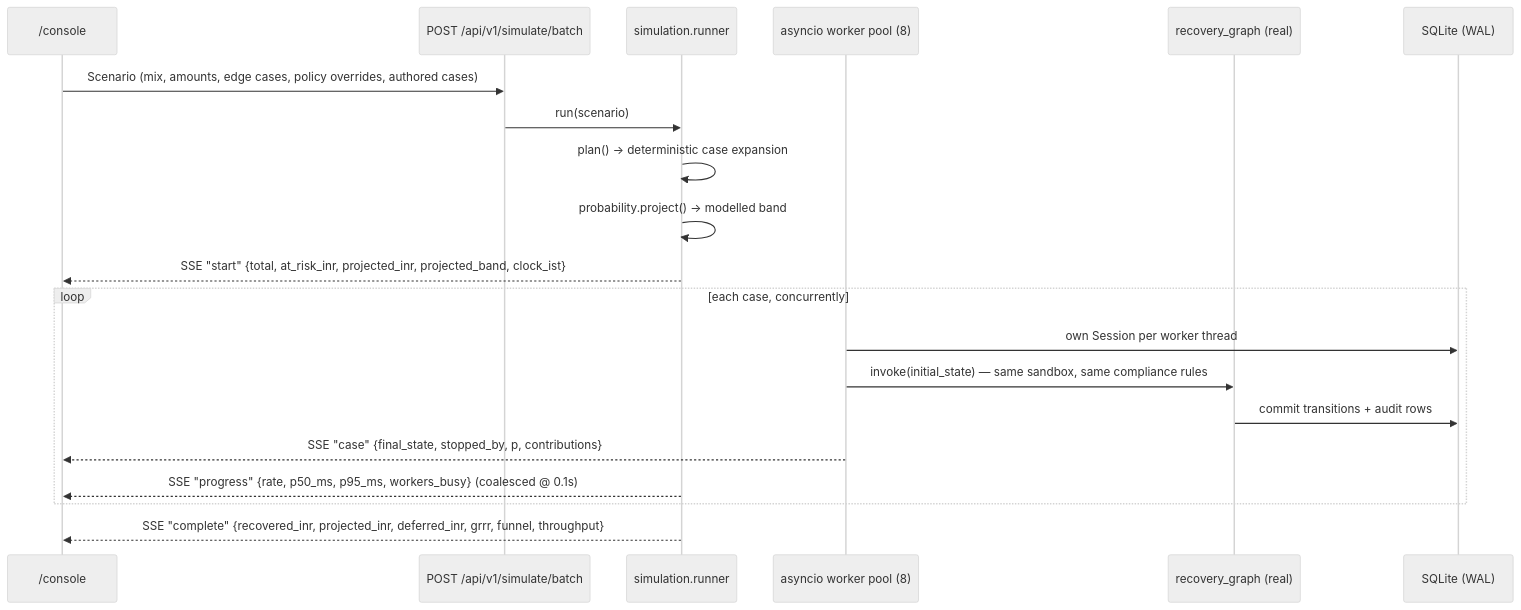
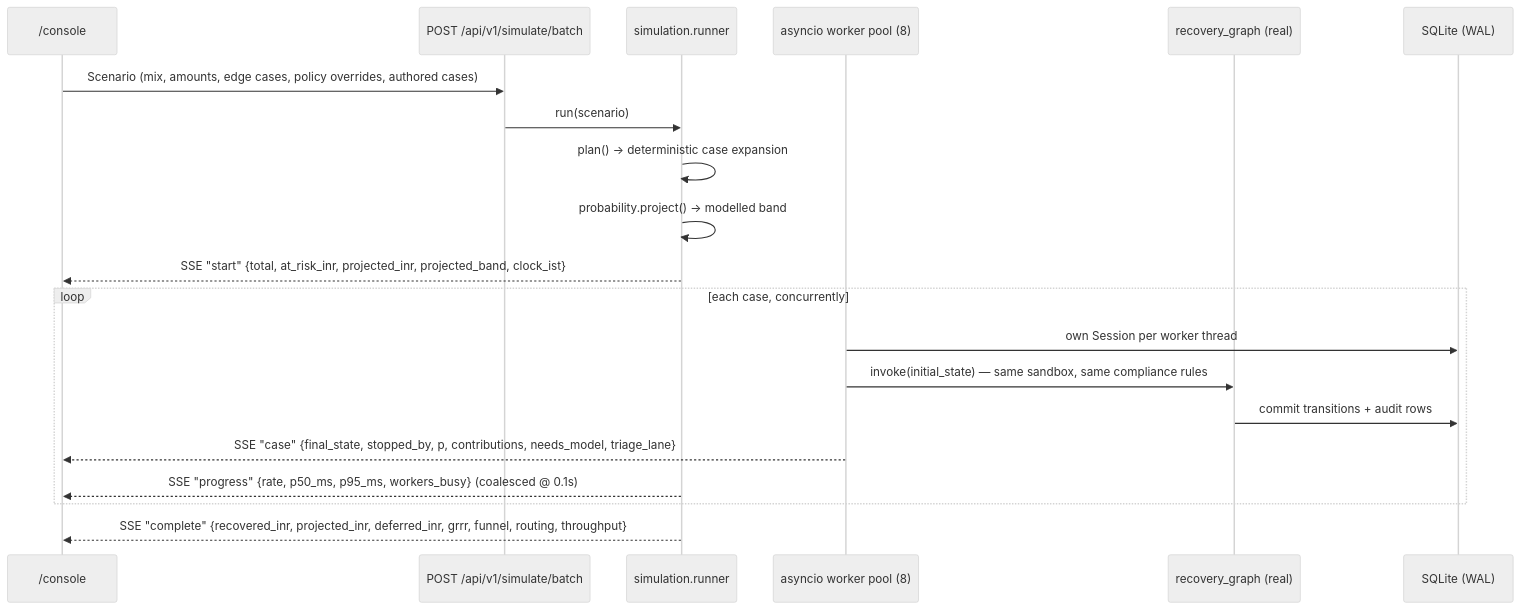
One commit to AbhayKale332/Recova changed the sixth of 9 diagrams in README.md. Above: the diagram before and after it, drawn with Mermaid (neutral theme). The commit also changed other lines of this file and 9 other files, not shown here.

````diff
--- a/README.md
+++ b/README.md
@@ -341,23 +341,23 @@
 ```mermaid
 sequenceDiagram
     participant UI as /console
     participant API as POST /api/v1/simulate/batch
     participant Runner as simulation.runner
     participant Pool as asyncio worker pool (8)
     participant Graph as recovery_graph (real)
     participant DB as SQLite (WAL)
 
     UI->>API: Scenario (mix, amounts, edge cases, policy overrides, authored cases)
     API->>Runner: run(scenario)
     Runner->>Runner: plan() → deterministic case expansion
     Runner->>Runner: probability.project() → modelled band
     Runner-->>UI: SSE "start" {total, at_risk_inr, projected_inr, projected_band, clock_ist}
     loop each case, concurrently
         Pool->>DB: own Session per worker thread
         Pool->>Graph: invoke(initial_state) — same sandbox, same compliance rules
         Graph->>DB: commit transitions + audit rows
-        Pool-->>UI: SSE "case" {final_state, stopped_by, p, contributions}
+        Pool-->>UI: SSE "case" {final_state, stopped_by, p, contributions, needs_model, triage_lane}
         Runner-->>UI: SSE "progress" {rate, p50_ms, p95_ms, workers_busy} (coalesced @ 0.1s)
     end
-    Runner-->>UI: SSE "complete" {recovered_inr, projected_inr, deferred_inr, grrr, funnel, throughput}
+    Runner-->>UI: SSE "complete" {recovered_inr, projected_inr, deferred_inr, grrr, funnel, routing, throughput}
 ```
````
